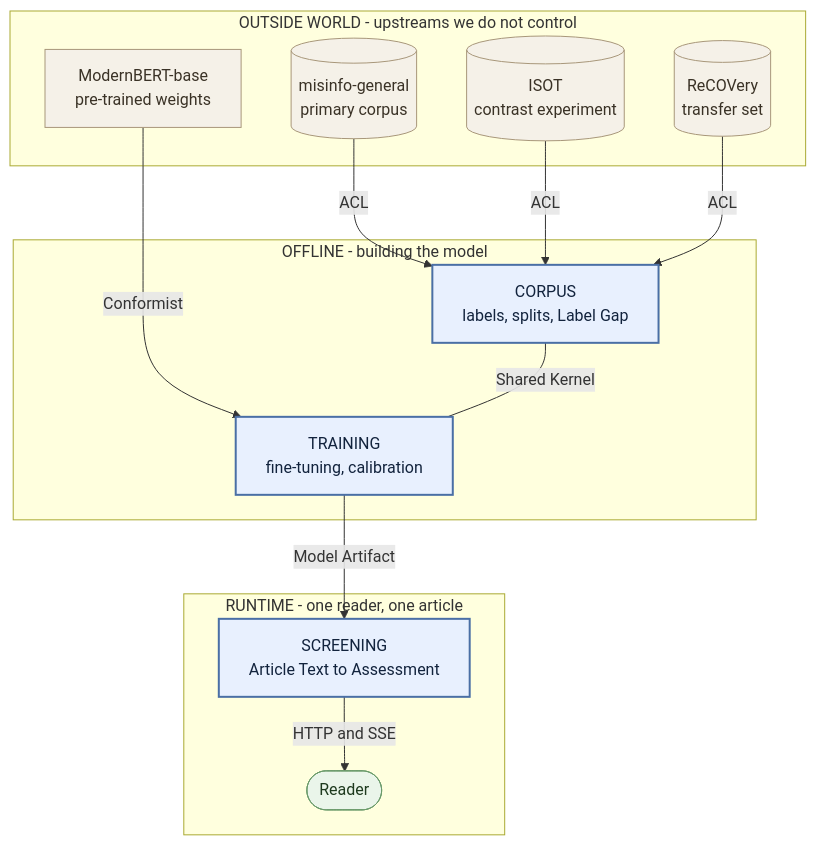
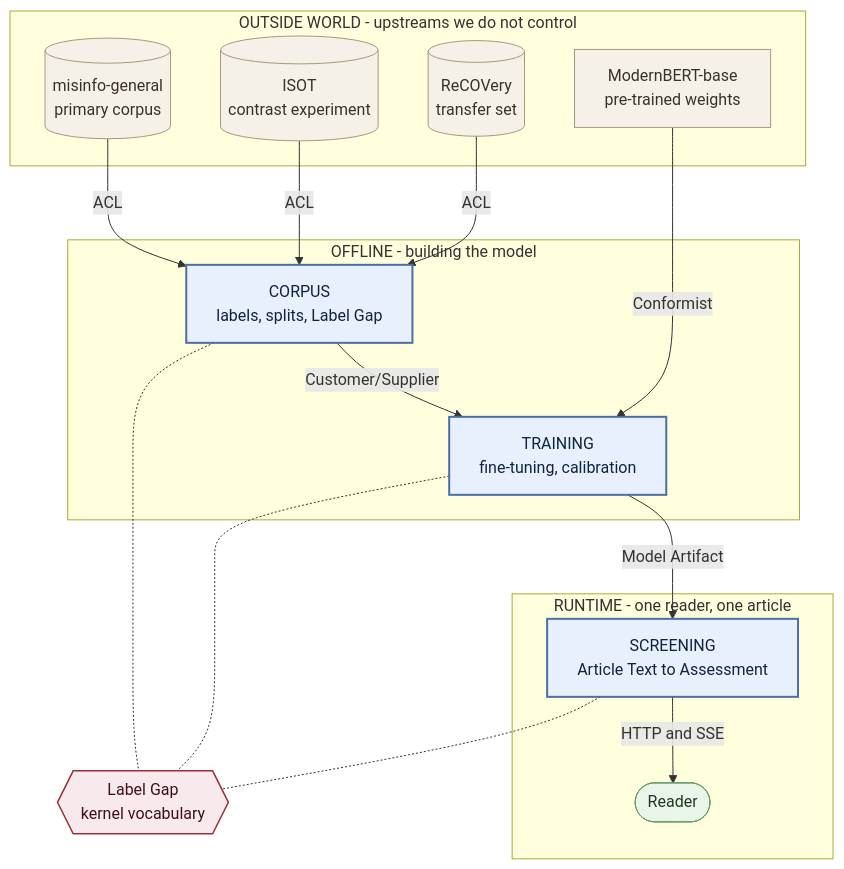
Before and after one commit to aoleszkiewicz/factlens: the diagram in CONTEXT-MAP.md, drawn with Mermaid. The commit also changed other lines of this file and 4 other files, not shown here.

````diff
--- a/CONTEXT-MAP.md
+++ b/CONTEXT-MAP.md
@@ -24,37 +55,45 @@
 ```mermaid
 flowchart TB
 
   subgraph SOURCES["OUTSIDE WORLD - upstreams we do not control"]
     MG[("misinfo-general<br/>primary corpus")]
     ISOT[("ISOT<br/>contrast experiment")]
     RECO[("ReCOVery<br/>transfer set")]
     HF["ModernBERT-base<br/>pre-trained weights"]
   end
 
   subgraph BUILD["OFFLINE - building the model"]
     CORPUS["CORPUS<br/>labels, splits, Label Gap"]
     TRAINING["TRAINING<br/>fine-tuning, calibration"]
   end
 
   subgraph SERVE["RUNTIME - one reader, one article"]
     SCREENING["SCREENING<br/>Article Text to Assessment"]
     READER(["Reader"])
   end
 
+  LG{{"Label Gap<br/>kernel vocabulary"}}
+
   MG -->|ACL| CORPUS
   ISOT -->|ACL| CORPUS
   RECO -->|ACL| CORPUS
   HF -->|Conformist| TRAINING
 
-  CORPUS ---|Shared Kernel| TRAINING
+  CORPUS -->|Customer/Supplier| TRAINING
   TRAINING -->|Model Artifact| SCREENING
   SCREENING -->|HTTP and SSE| READER
+
+  CORPUS -.- LG
+  TRAINING -.- LG
+  SCREENING -.- LG
 
   classDef core fill:#e8f0fe,stroke:#4a6fa5,stroke-width:2px,color:#12233d
   classDef ext fill:#f5f1e8,stroke:#a8977a,stroke-width:1px,color:#3a3226
   classDef person fill:#eaf5ea,stroke:#6a9a6a,stroke-width:1px,color:#1e3a1e
+  classDef kernel fill:#f7e9ec,stroke:#9c2f39,stroke-width:1.5px,color:#3d1216
 
   class CORPUS,TRAINING,SCREENING core
   class MG,ISOT,RECO,HF ext
   class READER person
+  class LG kernel
 ```
````
